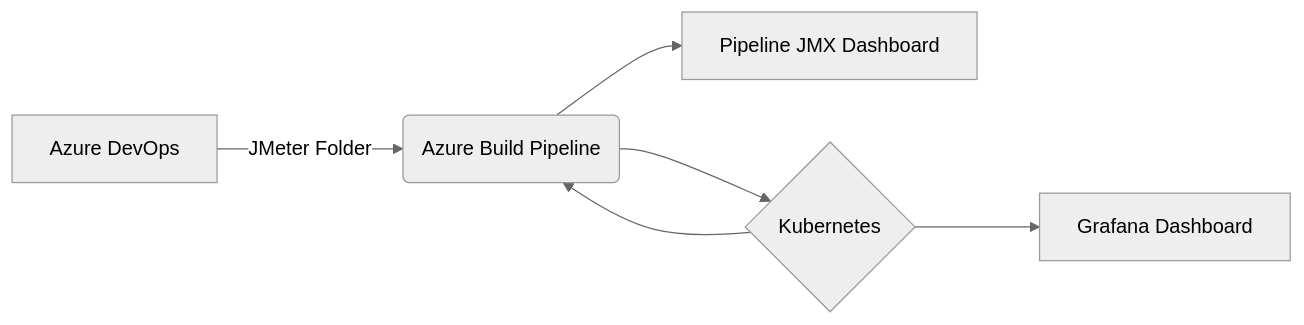
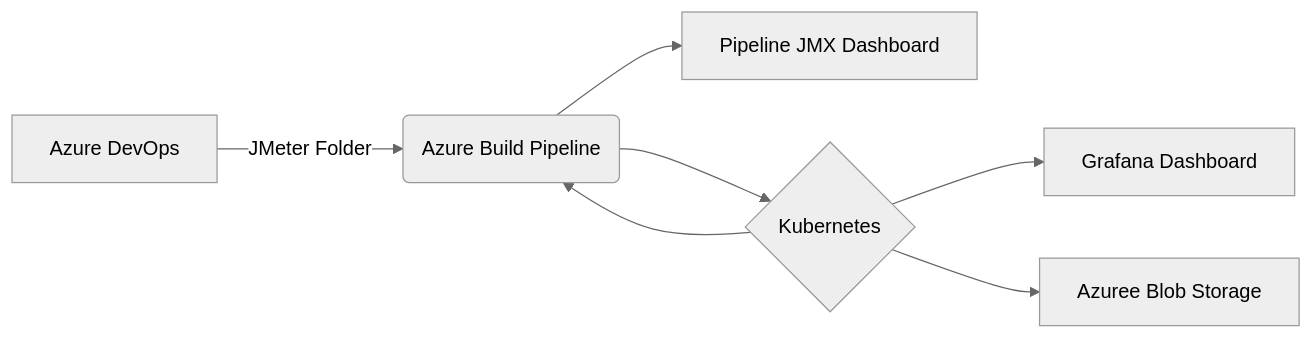
The diagram in README.md (mayank1211/JMeter-AKS-Performance-Testing), drawn with Mermaid (neutral theme) before and after one commit. The commit also changed other lines of this file and 10 other files, not shown here.

```diff
--- a/README.md
+++ b/README.md
@@ -12,8 +16,9 @@
 ::: mermaid
 graph LR;
 A[Azure DevOps] -- JMeter Folder --> B(Azure Build Pipeline)
 B --> E[Pipeline JMX Dashboard]
 B --> C{Kubernetes}
 C --> F[Grafana Dashboard]
+C --> G[Azuree Blob Storage]
 C --> B
 :::
```
